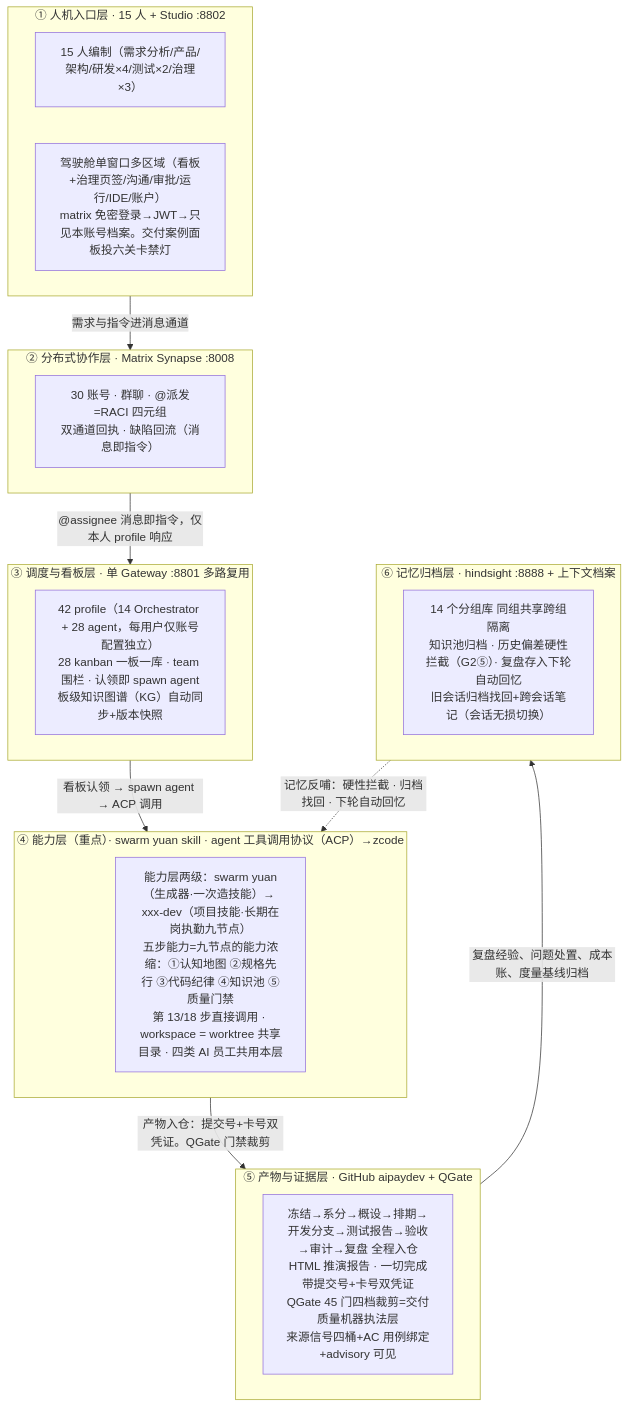
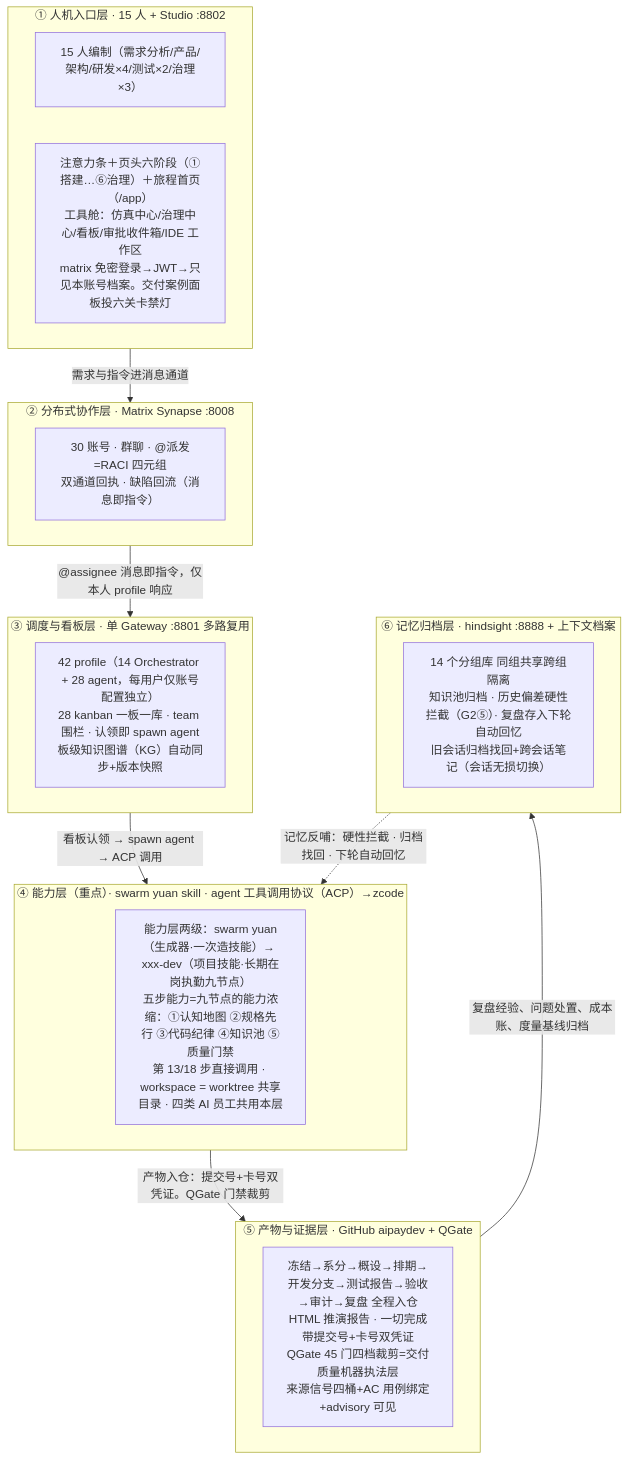
One commit to issac-new/SwarmStudio changed the second of 3 diagrams in docs/superpowers/specs/2026-10-05-mux-v8-fullflow-plan.md. Above: the diagram before and after it, drawn with Mermaid. The commit also changed other lines of this file and 3 other files, not shown here.

````diff
--- a/docs/superpowers/specs/2026-10-05-mux-v8-fullflow-plan.md
+++ b/docs/superpowers/specs/2026-10-05-mux-v8-fullflow-plan.md
@@ -370,28 +374,28 @@
 ```mermaid
 graph TB
     subgraph L1["① 人机入口层 · 15 人 + Studio :8802"]
         U["15 人编制（需求分析/产品/架构/研发×4/测试×2/治理×3）"]
-        ST["驾驶舱单窗口多区域（看板+治理页签/沟通/审批/运行/IDE/账户）<br/>matrix 免密登录→JWT→只见本账号档案。交付案例面板投六关卡禁灯"]
+        ST["注意力条＋页头六阶段（①搭建…⑥治理）＋旅程首页（/app）<br/>工具舱：仿真中心/治理中心/看板/审批收件箱/IDE 工作区<br/>matrix 免密登录→JWT→只见本账号档案。交付案例面板投六关卡禁灯"]
     end
     subgraph L2["② 分布式协作层 · Matrix Synapse :8008"]
         MX["30 账号 · 群聊 · @派发=RACI 四元组<br/>双通道回执 · 缺陷回流（消息即指令）"]
     end
     subgraph L3["③ 调度与看板层 · 单 Gateway :8801 多路复用"]
         GW["42 profile（14 Orchestrator + 28 agent，每用户仅账号配置独立）<br/>28 kanban 一板一库 · team 围栏 · 认领即 spawn agent<br/>板级知识图谱（KG）自动同步+版本快照"]
     end
     subgraph L4["④ 能力层（重点）· swarm yuan skill · agent 工具调用协议（ACP）→zcode"]
         SK["能力层两级：swarm yuan（生成器·一次造技能）→ xxx-dev（项目技能·长期在岗执勤九节点）<br/>五步能力=九节点的能力浓缩：①认知地图 ②规格先行 ③代码纪律 ④知识池 ⑤质量门禁<br/>第 13/18 步直接调用 · workspace = worktree 共享目录 · 四类 AI 员工共用本层"]
     end
     subgraph L5["⑤ 产物与证据层 · GitHub aipaydev + QGate"]
         ART["冻结→系分→概设→排期→开发分支→测试报告→验收→审计→复盘 全程入仓<br/>HTML 推演报告 · 一切完成带提交号+卡号双凭证<br/>QGate 45 门四档裁剪=交付质量机器执法层<br/>来源信号四桶+AC 用例绑定+advisory 可见"]
     end
     subgraph L6["⑥ 记忆归档层 · hindsight :8888 + 上下文档案"]
         MEM["14 个分组库 同组共享跨组隔离<br/>知识池归档 · 历史偏差硬性拦截（G2⑤）· 复盘存入下轮自动回忆<br/>旧会话归档找回+跨会话笔记（会话无损切换）"]
     end
     L1 -->|"需求与指令进消息通道"| L2
     L2 -->|"@assignee 消息即指令，仅本人 profile 响应"| L3
     L3 -->|"看板认领 → spawn agent → ACP 调用"| L4
     L4 -->|"产物入仓：提交号+卡号双凭证。QGate 门禁裁剪"| L5
     L5 -->|"复盘经验、问题处置、成本账、度量基线归档"| L6
     L6 -.->|"记忆反哺：硬性拦截 · 归档找回 · 下轮自动回忆"| L4
 ```
````
